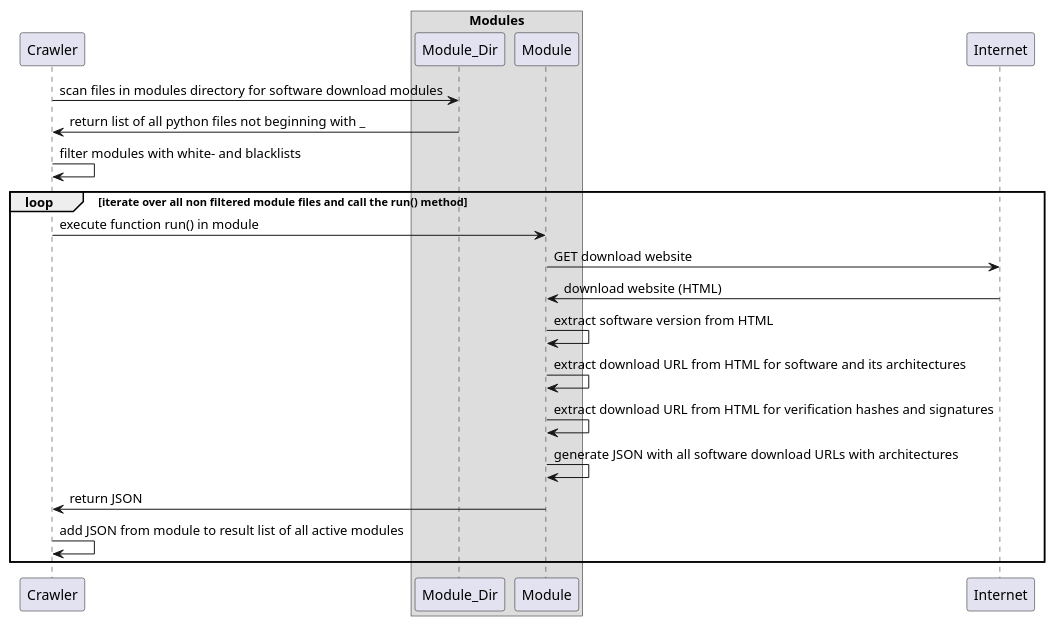
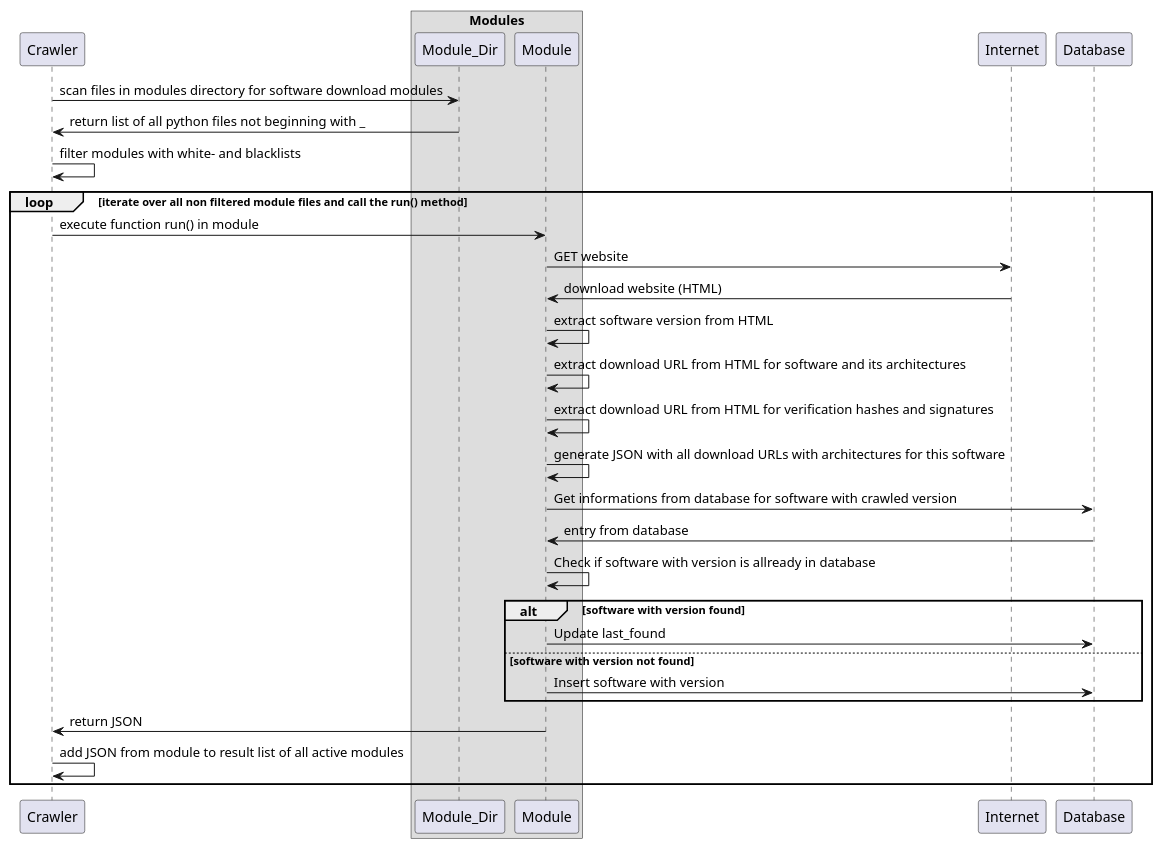
The diagram in doc/crawler_sequence.puml (berkholz/aid-crawler), drawn with PlantUML before and after one commit.

Commit message:
add database participant and its actions

```diff
--- a/doc/crawler_sequence.puml
+++ b/doc/crawler_sequence.puml
@@ -1,28 +1,39 @@
 @startuml
 
 participant Crawler
 
 box  "Modules"
 participant Module_Dir
 participant Module
 end box
 
 participant Internet
+participant Database
 
 Crawler -> Module_Dir : scan files in modules directory for software download modules
 Module_Dir -> Crawler : return list of all python files not beginning with _
 Crawler -> Crawler : filter modules with white- and blacklists
 
 loop iterate over all non filtered module files and call the run() method
   Crawler -> Module: execute function run() in module
-  Module -> Internet : GET download website
+  Module -> Internet : GET website
   Internet -> Module : download website (HTML)
   Module -> Module : extract software version from HTML
   Module -> Module : extract download URL from HTML for software and its architectures
   Module -> Module : extract download URL from HTML for verification hashes and signatures
-  Module -> Module : generate JSON with all software download URLs with architectures
+  Module -> Module : generate JSON with all download URLs with architectures for this software
+  Module -> Database: Get informations from database for software with crawled version
+  Database -> Module: entry from database
+  Module -> Module: Check if software with version is allready in database
+
+  alt software with version found
+    Module -> Database: Update last_found
+  else software with version not found
+    Module -> Database: Insert software with version
+  end
+
   Module -> Crawler : return JSON
   Crawler -> Crawler : add JSON from module to result list of all active modules
 end
 
 @enduml
```
